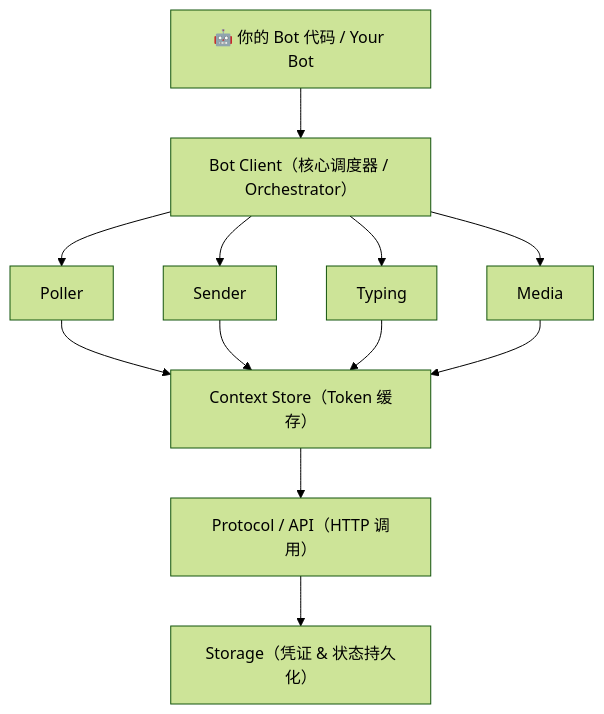
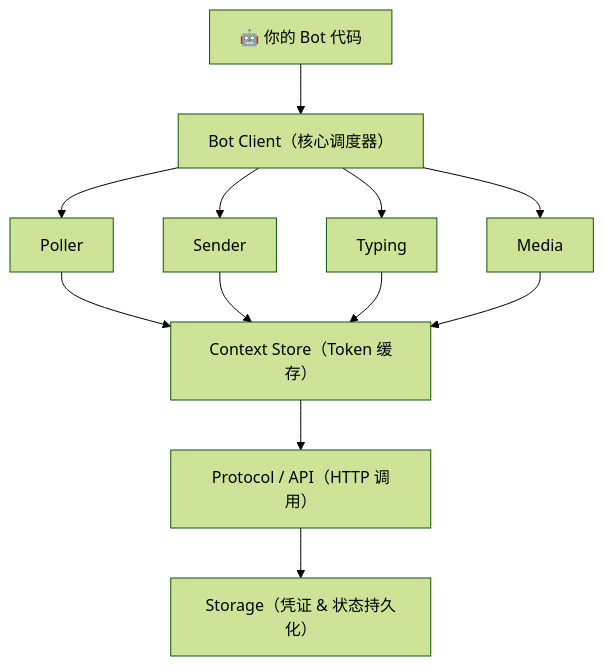
One commit to corespeed-io/wechatbot changed the diagram in README.md. Above: the diagram before and after it, drawn with Mermaid (forest theme). The commit also changed other lines of this file and 1 other file, not shown here.

````diff
--- a/README.md
+++ b/README.md
@@ -109,14 +107,14 @@
 ```mermaid
 graph TD
-    A["🤖 你的 Bot 代码 / Your Bot"] --> B["Bot Client（核心调度器 / Orchestrator）"]
+    A["🤖 你的 Bot 代码"] --> B["Bot Client（核心调度器）"]
     B --> C["Poller"]
     B --> D["Sender"]
     B --> E["Typing"]
     B --> F["Media"]
     C --> G["Context Store（Token 缓存）"]
     D --> G
     E --> G
     F --> G
     G --> H["Protocol / API（HTTP 调用）"]
     H --> I["Storage（凭证 & 状态持久化）"]
 ```
````
